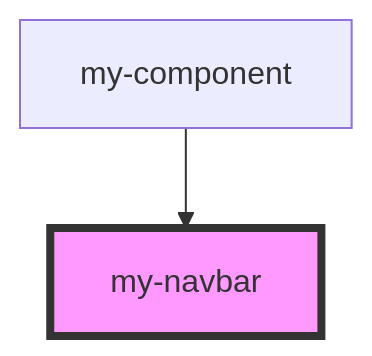
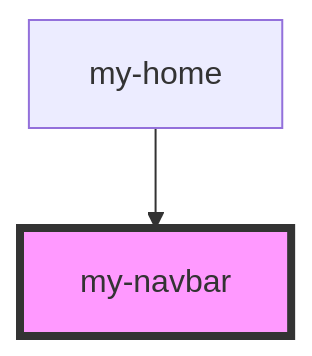
The diagram in src/components/my-navbar/readme.md (jayeshrahinj/Healthpro-Appointment), drawn with Mermaid before and after one commit. The commit also changed other lines of this file and 158 other files, not shown here.

````diff
--- a/src/components/my-navbar/readme.md
+++ b/src/components/my-navbar/readme.md
@@ -22,5 +25,5 @@
 ```mermaid
 graph TD;
-  my-component --> my-navbar
+  my-home --> my-navbar
   style my-navbar fill:#f9f,stroke:#333,stroke-width:4px
 ```
````
